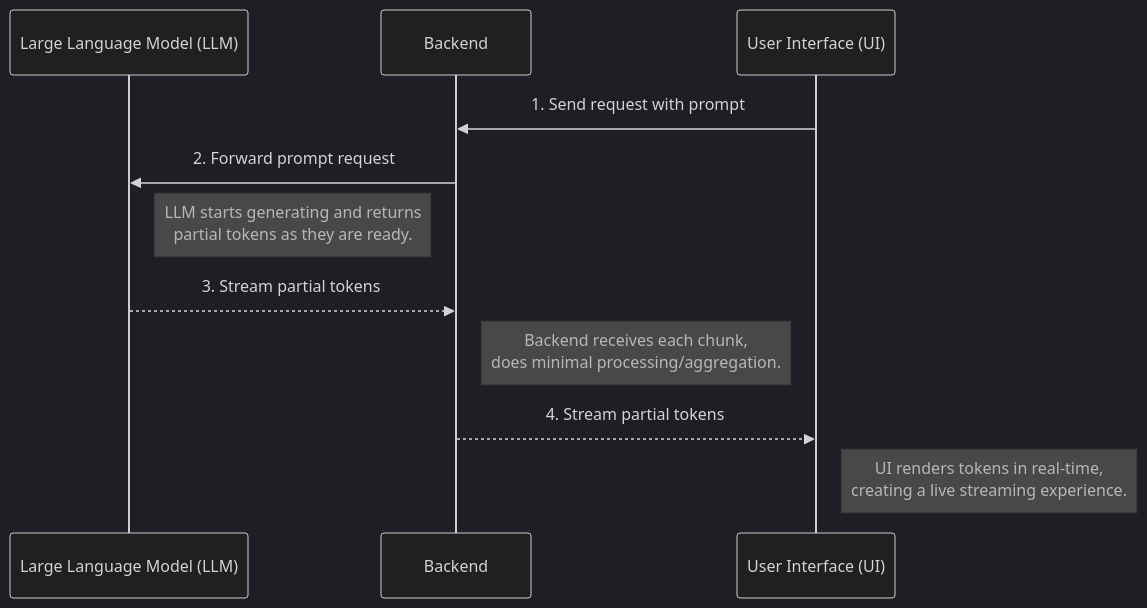
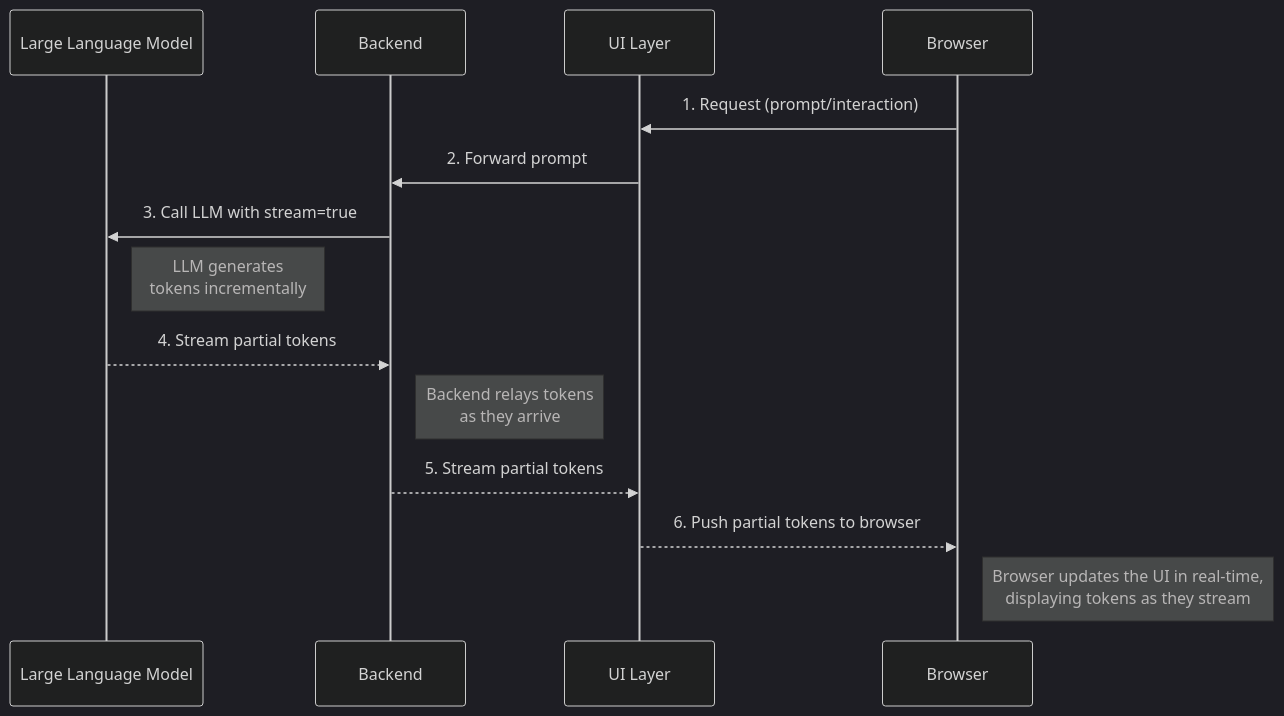
Before and after one commit to chiefkemist/from-go-apis-to-ai-frontends: the diagram in README.org, drawn with Mermaid (dark theme). The commit also changed other lines of this file, not shown here.

Commit message:
Updated Illustration for Triple Streaming: LLM => Backend => UI => Browser

```diff
--- a/README.org
+++ b/README.org
@@ -1497,16 +1497,19 @@
 #+begin_src mermaid
 
 sequenceDiagram
-    participant LLM as Large Language Model (LLM)
+    participant LLM as Large Language Model
     participant BE as Backend
-    participant UI as User Interface (UI)
+    participant UI as UI Layer
+    participant BR as Browser
 
-    UI->>BE: 1. Send request with prompt
-    BE->>LLM: 2. Forward prompt request
-    Note right of LLM: LLM starts generating and returns<br> partial tokens as they are ready.
-    LLM-->>BE: 3. Stream partial tokens
-    Note right of BE: Backend receives each chunk,<br> does minimal processing/aggregation.
-    BE-->>UI: 4. Stream partial tokens
-    Note right of UI: UI renders tokens in real-time,<br> creating a live streaming experience.
+    BR->>UI: 1. Request (prompt/interaction)
+    UI->>BE: 2. Forward prompt
+    BE->>LLM: 3. Call LLM with stream=true
+    Note right of LLM: LLM generates<br> tokens incrementally
+    LLM-->>BE: 4. Stream partial tokens
+    Note right of BE: Backend relays tokens<br> as they arrive
+    BE-->>UI: 5. Stream partial tokens
+    UI-->>BR: 6. Push partial tokens to browser
+    Note right of BR: Browser updates the UI in real-time,<br> displaying tokens as they stream
 
 #+end_src
```
